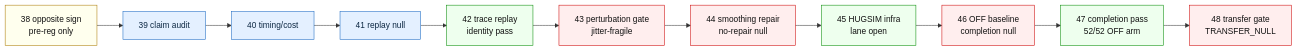
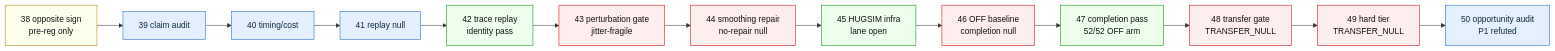
Before and after one commit to manfromnowhere143/sentinel: the fourth of 6 diagrams in README.md, drawn with Mermaid. The commit also changed other lines of this file and 9 other files, not shown here.

Commit message:
iter49: publish hard-tier transfer null

````diff
--- a/README.md
+++ b/README.md
@@ -192,21 +198,24 @@
 ```mermaid
 flowchart LR
   O38["38 opposite sign<br/>pre-reg only"] --> A39["39 claim audit"]
   A39 --> A40["40 timing/cost"]
   A40 --> A41["41 replay null"]
   A41 --> A42["42 trace replay<br/>identity pass"]
   A42 --> A43["43 perturbation gate<br/>jitter-fragile"]
   A43 --> A44["44 smoothing repair<br/>no-repair null"]
   A44 --> A45["45 HUGSIM infra<br/>lane open"]
   A45 --> A46["46 OFF baseline<br/>completion null"]
   A46 --> A47["47 completion pass<br/>52/52 OFF arm"]
   A47 --> A48["48 transfer gate<br/>TRANSFER_NULL"]
+  A48 --> A49["49 hard tier<br/>TRANSFER_NULL"]
+  A49 --> A50["50 opportunity audit<br/>P1 refuted"]
   classDef ask fill:#ffe,stroke:#a70,color:#111;
   classDef audit fill:#e4f0ff,stroke:#1565c0,color:#0c2742;
   classDef win fill:#efe,stroke:#080,color:#111;
   classDef bad fill:#fee,stroke:#c00,color:#111;
   class O38 ask;
   class A39,A40,A41 audit;
   class A42,A45,A47 win;
-  class A43,A44,A46,A48 bad;
+  class A43,A44,A46,A48,A49 bad;
+  class A50 audit;
 ```
````
